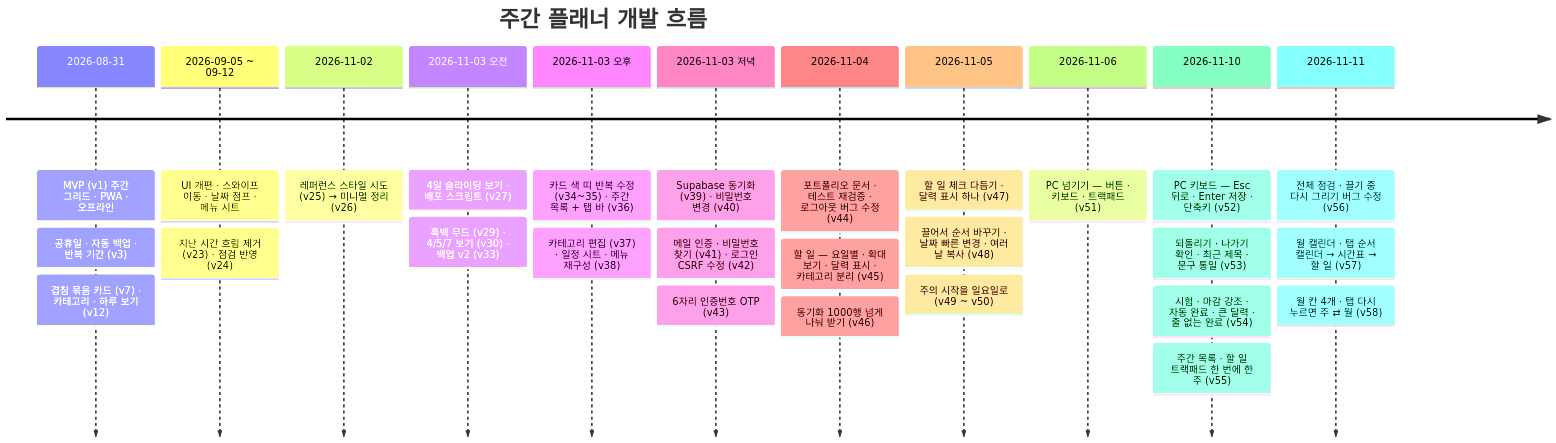
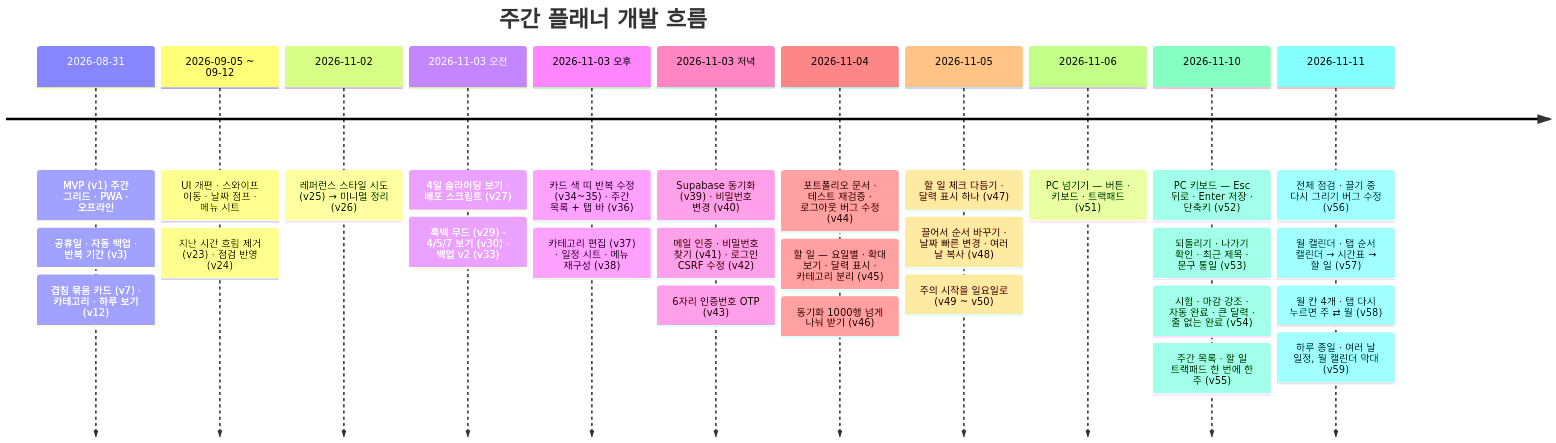
The second of 2 diagrams in docs/README.md (jmg0929/weekly-planner), drawn with Mermaid before and after one commit. The commit also changed other lines of this file and 10 other files, not shown here.

````diff
--- a/docs/README.md
+++ b/docs/README.md
@@ -124,31 +124,32 @@
 ```mermaid
 timeline
   title 주간 플래너 개발 흐름
   2026-08-31 : MVP (v1) 주간 그리드 · PWA · 오프라인
              : 공휴일 · 자동 백업 · 반복 기간 (v3)
              : 겹침 묶음 카드 (v7) · 카테고리 · 하루 보기 (v12)
   2026-09-05 ~ 09-12 : UI 개편 · 스와이프 이동 · 날짜 점프 · 메뉴 시트
                      : 지난 시간 흐림 제거 (v23) · 점검 반영 (v24)
   2026-11-02 : 레퍼런스 스타일 시도 (v25) → 미니멀 정리 (v26)
   2026-11-03 오전 : 4일 슬라이딩 보기 · 배포 스크립트 (v27)
                  : 흑백 무드 (v29) · 4/5/7 보기 (v30) · 백업 v2 (v33)
   2026-11-03 오후 : 카드 색 띠 반복 수정 (v34~35) · 주간 목록 + 탭 바 (v36)
                  : 카테고리 편집 (v37) · 일정 시트 · 메뉴 재구성 (v38)
   2026-11-03 저녁 : Supabase 동기화 (v39) · 비밀번호 변경 (v40)
                  : 메일 인증 · 비밀번호 찾기 (v41) · 로그인 CSRF 수정 (v42)
                  : 6자리 인증번호 OTP (v43)
   2026-11-04 : 포트폴리오 문서 · 테스트 재검증 · 로그아웃 버그 수정 (v44)
              : 할 일 — 요일별 · 확대 보기 · 달력 표시 · 카테고리 분리 (v45)
              : 동기화 1000행 넘게 나눠 받기 (v46)
   2026-11-05 : 할 일 체크 다듬기 · 달력 표시 하나 (v47)
              : 끌어서 순서 바꾸기 · 날짜 빠른 변경 · 여러 날 복사 (v48)
              : 주의 시작을 일요일로 (v49 ~ v50)
   2026-11-06 : PC 넘기기 — 버튼 · 키보드 · 트랙패드 (v51)
   2026-11-10 : PC 키보드 — Esc 뒤로 · Enter 저장 · 단축키 (v52)
              : 되돌리기 · 나가기 확인 · 최근 제목 · 문구 통일 (v53)
              : 시험 · 마감 강조 · 자동 완료 · 큰 달력 · 줄 없는 완료 (v54)
              : 주간 목록 · 할 일 트랙패드 한 번에 한 주 (v55)
   2026-11-11 : 전체 점검 · 끌기 중 다시 그리기 버그 수정 (v56)
              : 월 캘린더 · 탭 순서 캘린더 → 시간표 → 할 일 (v57)
              : 월 칸 4개 · 탭 다시 누르면 주 ⇄ 월 (v58)
+             : 하루 종일 · 여러 날 일정, 월 캘린더 막대 (v59)
 ```
````
